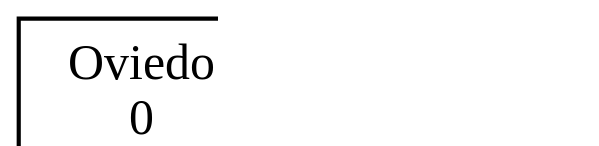
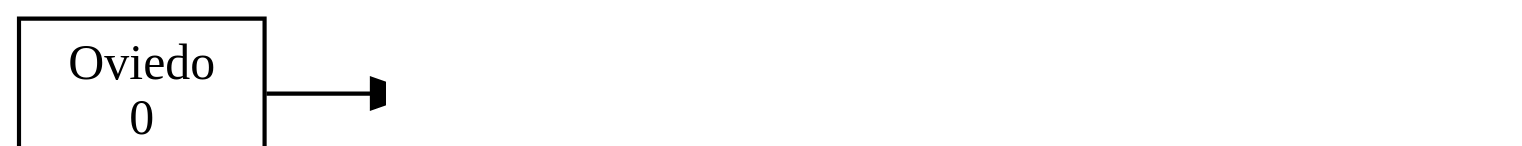
One commit to Pegre369/-EDD-Proyecto2_201701187_201706357 changed the diagram in [EDD]Proyecto2/Lista_Rutas0.dot. Above: the diagram before and after it, drawn with Graphviz. The commit also changed 16 other files, not shown here.

```diff
--- a/[EDD]Proyecto2/Lista_Rutas0.dot
+++ b/[EDD]Proyecto2/Lista_Rutas0.dot
@@ -1,11 +1,17 @@
 digraph G {
  rankdir=LR 
  node[shape=box];
 graph [ dpi = 300 ];
 Oviedo[ label = "Oviedo
 0", fontsize=12]; 
 Bilbao[ label = "Bilbao
 304", fontsize=12];
+Zaragoza[ label = "Zaragoza
+628", fontsize=12];
+Barcelona[ label = "Barcelona
+924", fontsize=12];
 Oviedo->Bilbao;
+Bilbao->Zaragoza;
+Zaragoza->Barcelona;
 
 }
```
